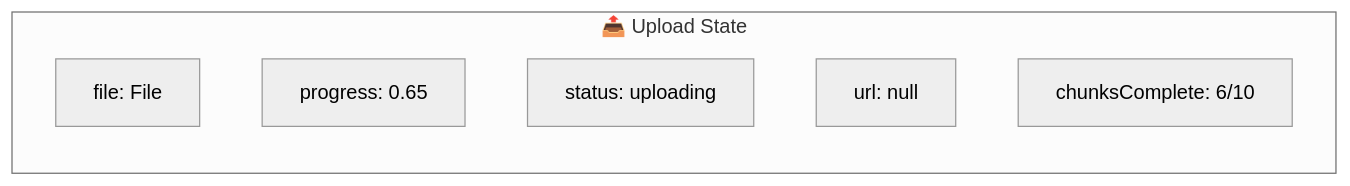
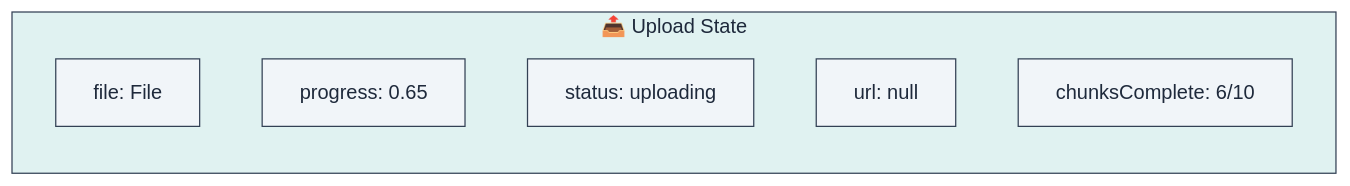
One commit to lploc94/flutter_orchestrator changed the fifth of 12 diagrams in book/vi/chapters/06_case_study.md. Above: the diagram before and after it, drawn with Mermaid (neutral theme). The commit also changed other lines of this file and 4 other files, not shown here.

````diff
--- a/book/vi/chapters/06_case_study.md
+++ b/book/vi/chapters/06_case_study.md
@@ -156,10 +170,17 @@
 ```mermaid
 graph LR
     subgraph UploadState["📤 Upload State"]
         File["file: File"]
         Progress["progress: 0.65"]
         Status["status: uploading"]
         URL["url: null"]
         ChunksDone["chunksComplete: 6/10"]
     end
+    
+    style UploadState fill:#e0f2f1,stroke:#334155,color:#1e293b
+    style File fill:#f1f5f9,stroke:#334155,color:#1e293b
+    style Progress fill:#f1f5f9,stroke:#334155,color:#1e293b
+    style Status fill:#f1f5f9,stroke:#334155,color:#1e293b
+    style URL fill:#f1f5f9,stroke:#334155,color:#1e293b
+    style ChunksDone fill:#f1f5f9,stroke:#334155,color:#1e293b
 ```
````
